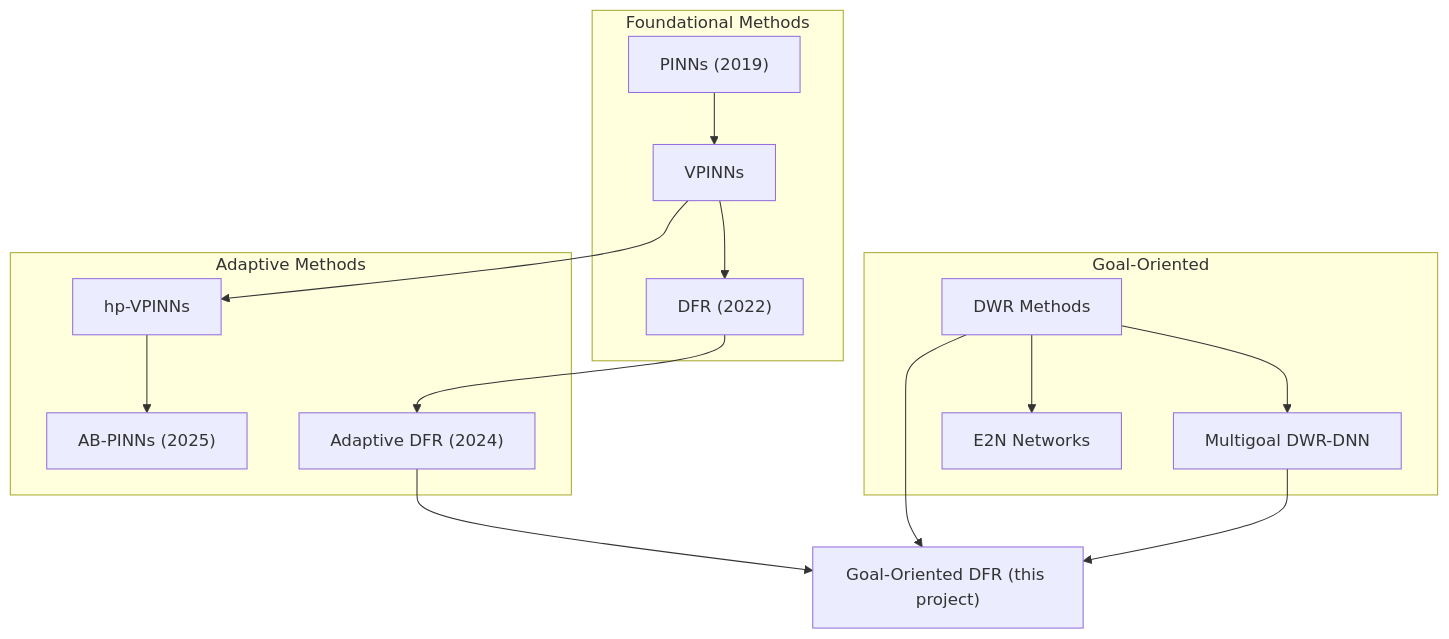
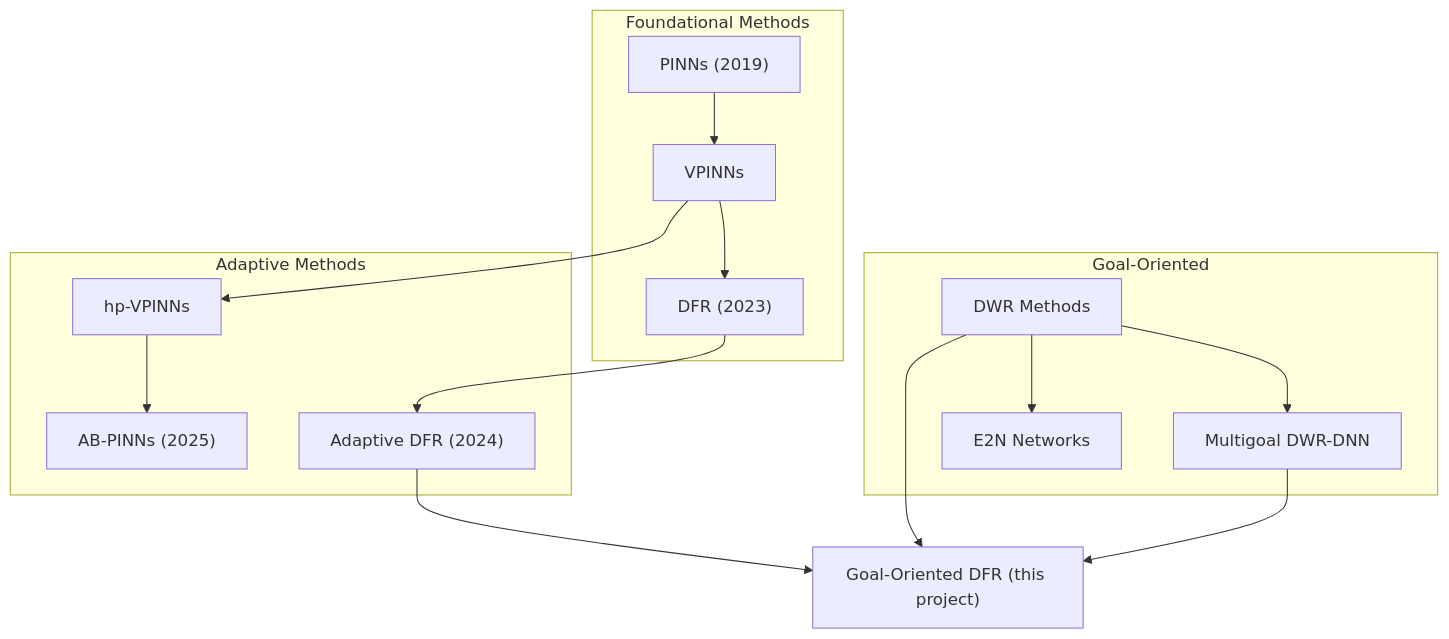
One commit to caverac/hp-dfr changed the diagram in packages/docs/docs/preprint/literature-review.md. Above: the diagram before and after it, drawn with Mermaid. The commit also changed other lines of this file and 4 other files, not shown here.

````diff
--- a/packages/docs/docs/preprint/literature-review.md
+++ b/packages/docs/docs/preprint/literature-review.md
@@ -23,32 +23,32 @@
 ```mermaid
 flowchart TD
     subgraph Foundation["Foundational Methods"]
         PINN["PINNs (2019)"]
         VPINN["VPINNs"]
-        DFR["DFR (2022)"]
+        DFR["DFR (2023)"]
     end
 
     subgraph Adaptive["Adaptive Methods"]
         HPVPINN["hp-VPINNs"]
         ABPINN["AB-PINNs (2025)"]
         ADFR["Adaptive DFR (2024)"]
     end
 
     subgraph GoalOriented["Goal-Oriented"]
         DWR["DWR Methods"]
         MGDWR["Multigoal DWR-DNN"]
         E2N["E2N Networks"]
     end
 
     PINN --> VPINN
     VPINN --> DFR
     VPINN --> HPVPINN
     DFR --> ADFR
     HPVPINN --> ABPINN
     DWR --> MGDWR
     DWR --> E2N
 
     ADFR --> OurWork["Goal-Oriented DFR (this project)"]
     DWR --> OurWork
     MGDWR --> OurWork
 ```
````
